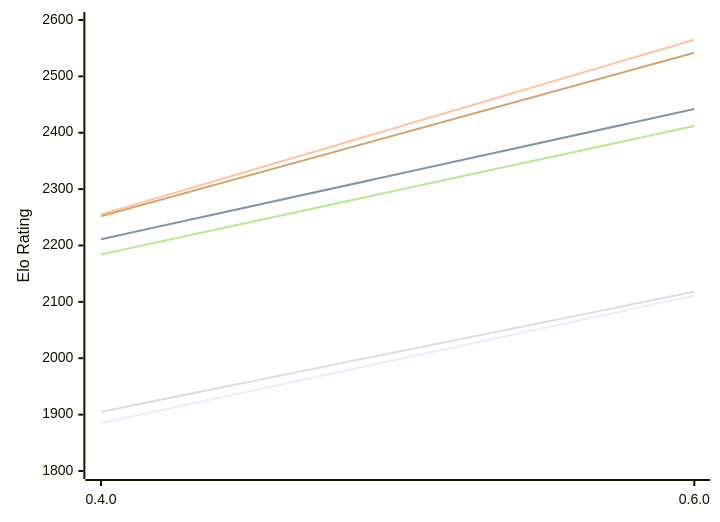
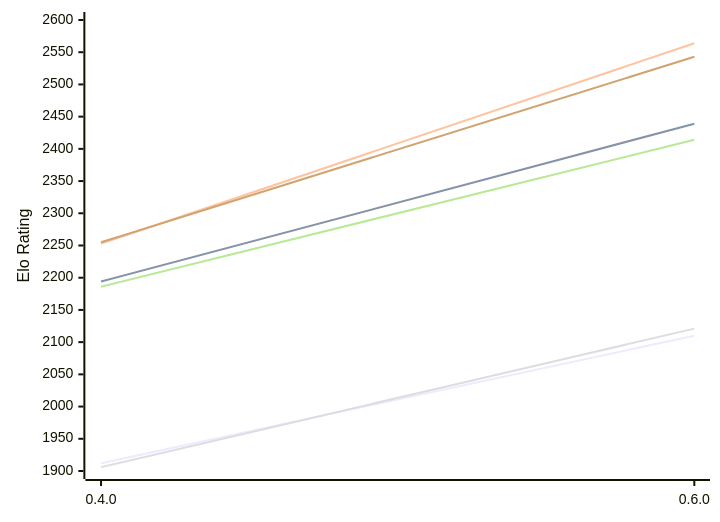
Before and after one commit to computer-chess-index/cci: the first of 2 diagrams in engines/Ariadne.md, drawn with Mermaid. The commit also changed other lines of this file, not shown here.

Commit message:
Update CCI Ratings (ELO VLTC) - 2026-11-28

````diff
--- a/engines/Ariadne.md
+++ b/engines/Ariadne.md
@@ -50,12 +50,12 @@
 ```mermaid
 %%{init: {"theme":"base","themeVariables":{"seriesColors:['#a3a3a3','#222221','#faa371']}}}%%
 xychart-beta
   x-axis ["0.4.0", "0.6.0"]
-  y-axis "Elo Rating" 1800 --> 2600
-  line "E1: STC (8.0+0.08s)" [1885, 2111]
-  line "E1: LTC (60.0+0.60s)" [2211, 2442]
-  line "E1: VLTC (2m24s+1.12s)" [2255, 2565]
-  line "P1: STC (8.0+0.08s)" [1905, 2118]
-  line "P1: LTC (60.0+0.60s)" [2184, 2412]
-  line "P1: VLTC (2m24s+1.12s)" [2252, 2542]
+  y-axis "Elo Rating" 1900 --> 2600
+  line "E1: STC (8.0+0.08s)" [1912, 2110]
+  line "E1: LTC (60.0+0.60s)" [2194, 2439]
+  line "E1: VLTC (2m24s+1.12s)" [2253, 2564]
+  line "P1: STC (8.0+0.08s)" [1906, 2121]
+  line "P1: LTC (60.0+0.60s)" [2186, 2414]
+  line "P1: VLTC (2m24s+1.12s)" [2255, 2543]
 ```
````
